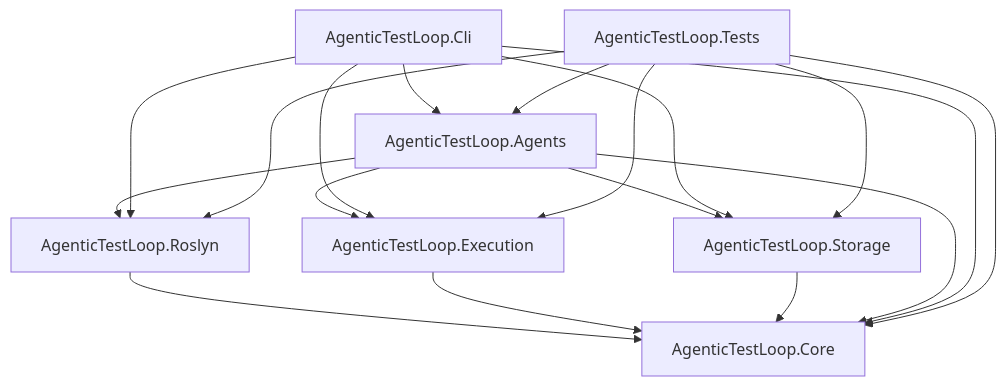
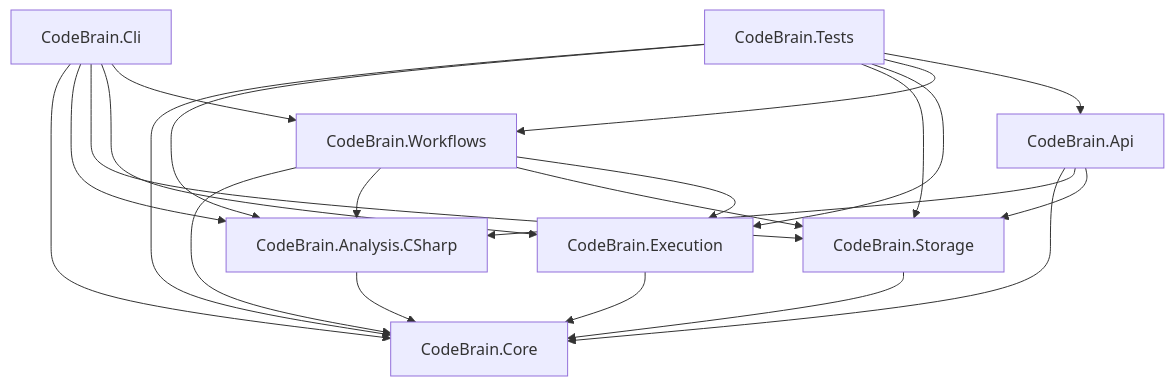
Before and after one commit to Gavinluo/Oscar: the second of 5 diagrams in ARCHITECTURE.md, drawn with Mermaid. The commit also changed other lines of this file and 90 other files, not shown here.

Commit message:
Rename project to CodeBrain and add local repository indexing

````diff
--- a/ARCHITECTURE.md
+++ b/ARCHITECTURE.md
@@ -32,28 +39,33 @@
 ```mermaid
 flowchart TD
-    CORE["AgenticTestLoop.Core"]
-    ROSLYN["AgenticTestLoop.Roslyn"]
-    EXEC["AgenticTestLoop.Execution"]
-    STORE["AgenticTestLoop.Storage"]
-    AGENTS["AgenticTestLoop.Agents"]
-    CLI["AgenticTestLoop.Cli"]
-    TESTS["AgenticTestLoop.Tests"]
+    CORE["CodeBrain.Core"]
+    ANALYZER["CodeBrain.Analysis.CSharp"]
+    STORE["CodeBrain.Storage"]
+    EXEC["CodeBrain.Execution"]
+    WORKFLOWS["CodeBrain.Workflows"]
+    CLI["CodeBrain.Cli"]
+    API["CodeBrain.Api"]
+    TESTS["CodeBrain.Tests"]
 
-    ROSLYN --> CORE
+    ANALYZER --> CORE
+    STORE --> CORE
     EXEC --> CORE
-    STORE --> CORE
-    AGENTS --> CORE
-    AGENTS --> ROSLYN
-    AGENTS --> EXEC
-    AGENTS --> STORE
+    WORKFLOWS --> CORE
+    WORKFLOWS --> ANALYZER
+    WORKFLOWS --> STORE
+    WORKFLOWS --> EXEC
     CLI --> CORE
-    CLI --> ROSLYN
+    CLI --> ANALYZER
+    CLI --> STORE
     CLI --> EXEC
-    CLI --> STORE
-    CLI --> AGENTS
+    CLI --> WORKFLOWS
+    API --> CORE
+    API --> ANALYZER
+    API --> STORE
     TESTS --> CORE
-    TESTS --> ROSLYN
+    TESTS --> ANALYZER
+    TESTS --> STORE
     TESTS --> EXEC
-    TESTS --> STORE
-    TESTS --> AGENTS
+    TESTS --> WORKFLOWS
+    TESTS --> API
 ```
````
